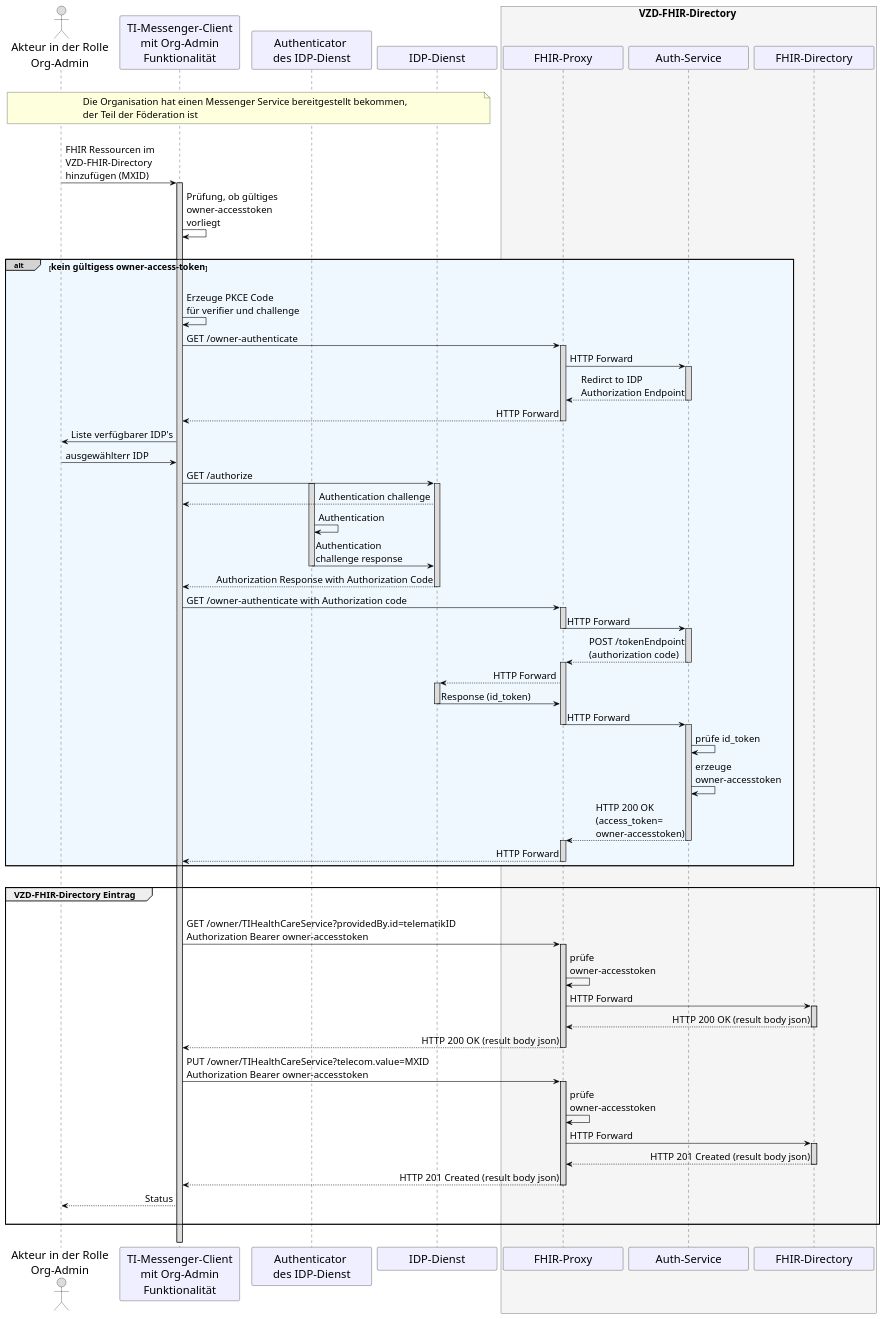
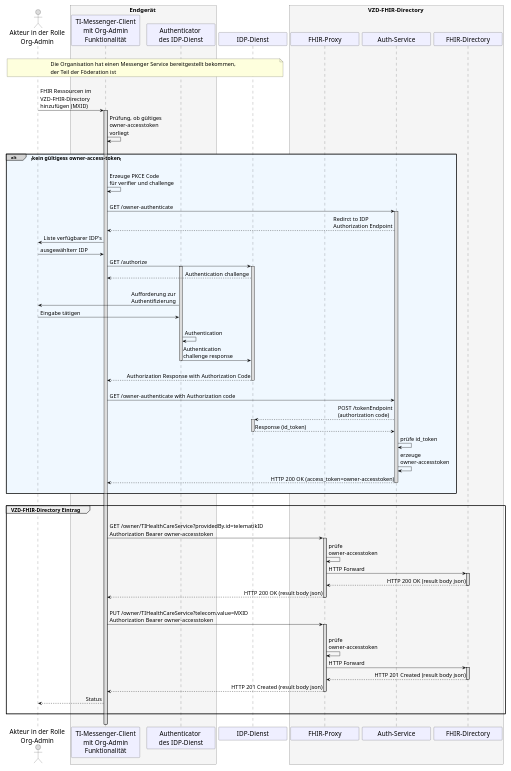
The diagram in src/plantuml/TI-Messenger-Dienst/Ressourcen/UC_10059_Seq.puml (gematik/api-ti-messenger), drawn with PlantUML before and after one commit.

```diff
--- a/src/plantuml/TI-Messenger-Dienst/Ressourcen/UC_10059_Seq.puml
+++ b/src/plantuml/TI-Messenger-Dienst/Ressourcen/UC_10059_Seq.puml
@@ -9,125 +9,120 @@
 @startuml
 skinparam sequenceMessageAlign direction
 skinparam minClassWidth 200
 skinparam BoxPadding 1
 skinparam sequenceReferenceHeaderBackgroundColor palegreen
-scale max 2048 width
+scale max 900 width
 
 skinparam sequence {
 ArrowColor black
 ArrowFontSize 17
 ActorBorderColor black
 LifeLineBorderColor black
 LifeLineBackgroundColor Gainsboro
 
 ParticipantBorderColor Motivation
 ParticipantBackgroundColor Motivation
 ParticipantFontName Impact
 ParticipantFontSize 20
 ParticipantFontColor black
 ParticipantBorderColor Black
 ParticipantBackgroundColor MOTIVATION
 
 ActorBackgroundColor Gainsboro
 ActorFontColor black
 ActorFontSize 20
 ActorFontName Aapex
 }
     actor U as "Akteur in der Rolle\nOrg-Admin"
+    box <size:18>Endgerät</size> #WhiteSmoke
     participant C as "TI-Messenger-Client\n mit Org-Admin \nFunktionalität"
     participant A as "Authenticator \ndes IDP-Dienst"
+    end box
     participant I as "IDP-Dienst" 
     box <size:18>VZD-FHIR-Directory</size> #WhiteSmoke
       participant FP as "FHIR-Proxy"
       participant Auth as "Auth-Service"
       participant VZD as "FHIR-Directory"
     end box
 
 |||
 note over U, I: <size:17>Die Organisation hat einen Messenger Service bereitgestellt bekommen, \n<size:17>der Teil der Föderation ist</size>
 |||
 
 U->C: FHIR Ressourcen im \nVZD-FHIR-Directory \nhinzufügen (MXID)
   Activate C
 C->C: Prüfung, ob gültiges \nowner-accesstoken \nvorliegt
 
 |||
 alt#LightGrey #AliceBlue <size:16>kein gültigess owner-access-token</size>
 |||
 
   C->C: Erzeuge PKCE Code \nfür verifier und challenge
-  C->FP: GET /owner-authenticate
-    Activate FP
-  FP->Auth: HTTP Forward
+  |||
+  C->Auth: GET /owner-authenticate
     Activate Auth
-  Auth-->FP: Redirct to IDP \nAuthorization Endpoint
-    Deactivate Auth
-  FP-->C: HTTP Forward
-    Deactivate FP
-        
+  Auth-->C: Redirct to IDP \nAuthorization Endpoint
+
   C->U: Liste verfügbarer IDP's
   U->C: ausgewählterr IDP
     
   C->I: GET /authorize
     Activate A
     Activate I
   I-->C: Authentication challenge
+  |||
+  A->U: Aufforderung zur \nAuthentifizierung
+  U->A: Eingabe tätigen
+  |||
   A->A: Authentication
   A->I: Authentication \nchallenge response
     Deactivate A
+  |||
   I-->C: Authorization Response with Authorization Code
     Deactivate I
-          
-  C->FP: GET /owner-authenticate with Authorization code
-    Activate FP
-  FP->Auth: HTTP Forward
-    Deactivate FP
-    Activate Auth
-  Auth-->FP: POST /tokenEndpoint\n(authorization code)
-    Deactivate Auth
-    Activate FP
-  FP-->I: HTTP Forward
+      
+  |||    
+  C->Auth: GET /owner-authenticate with Authorization code
+  Auth-->I: POST /tokenEndpoint\n(authorization code)
     Activate I
-  I->FP: Response (id_token)
+  I-->Auth: Response (id_token)
     Deactivate I
-  FP->Auth: HTTP Forward
-    Deactivate FP
-    Activate Auth
   Auth->Auth: prüfe id_token
   Auth->Auth: erzeuge \nowner-accesstoken
-  Auth-->FP: HTTP 200 OK \n(access_token=\nowner-accesstoken)
+  Auth-->C: HTTP 200 OK (access_token=owner-accesstoken)
+  ||| 
+    
     Deactivate Auth
-    Activate FP
-  FP-->C: HTTP Forward
-    Deactivate FP
 end
       
 |||
 
 group <size:16>VZD-FHIR-Directory Eintrag</size>
   |||
   C->FP: GET /owner/TIHealthCareService?providedBy.id=telematikID \nAuthorization Bearer owner-accesstoken
     Activate FP
   FP->FP: prüfe \nowner-accesstoken
   FP->VZD: HTTP Forward
     Activate VZD
   VZD-->FP: HTTP 200 OK (result body json)
     Deactivate VZD
   FP-->C: HTTP 200 OK (result body json)
     Deactivate FP
+  |||
   C->FP: PUT /owner/TIHealthCareService?telecom.value=MXID \nAuthorization Bearer owner-accesstoken
+  |||
     Activate FP
   FP->FP: prüfe \nowner-accesstoken
   FP->VZD: HTTP Forward
     Activate VZD
   VZD-->FP: HTTP 201 Created (result body json)
     Deactivate VZD
   FP-->C: HTTP 201 Created (result body json)
     Deactivate FP
   C-->U: Status    
   |||
 end
 |||
 
   Deactivate C
 @enduml
```
